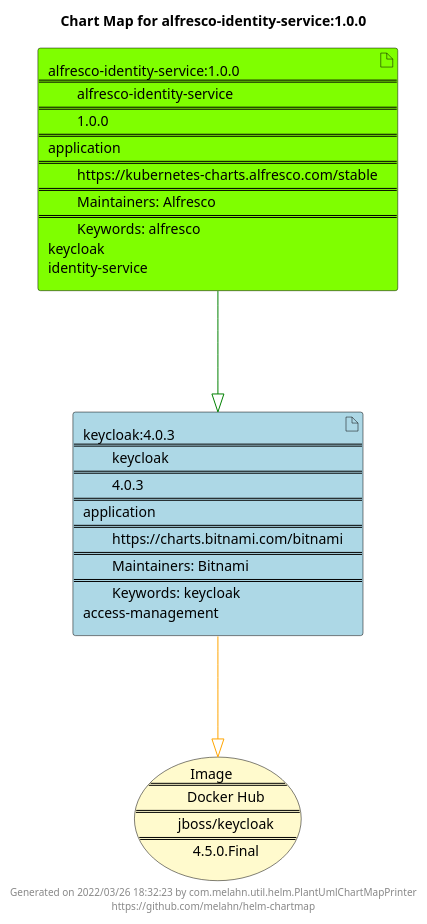
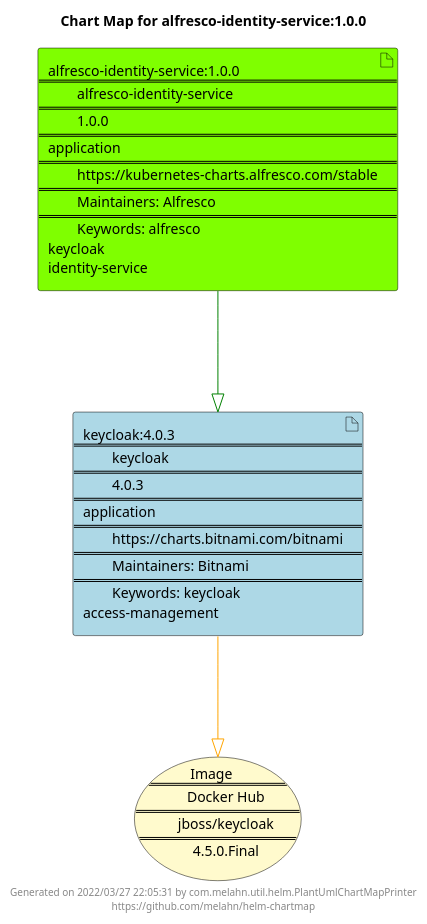
Before and after one commit to melahn/helm-chartmap: the diagram in docs/alfresco-identity-service/alfresco-identity-service-1.0.0.puml, drawn with PlantUML. The commit also changed 55 other files, not shown here.

Commit message:
Update Example Chart Maps as part of GitHub build

```diff
--- a/docs/alfresco-identity-service/alfresco-identity-service-1.0.0.puml
+++ b/docs/alfresco-identity-service/alfresco-identity-service-1.0.0.puml
@@ -1,23 +1,23 @@
 @startuml
 skinparam linetype ortho
 skinparam backgroundColor white
 skinparam usecaseBorderColor black
 skinparam usecaseArrowColor LightSlateGray
 skinparam artifactBorderColor black
 skinparam artifactArrowColor LightSlateGray
 
 title Chart Map for alfresco-identity-service:1.0.0
 
 'There are 2 referenced Helm Charts
 artifact "keycloak:4.0.3\n====\n\tkeycloak\n====\n\t4.0.3\n====\napplication\n====\n\thttps://charts.bitnami.com/bitnami\n====\n\tMaintainers: Bitnami\n====\n\tKeywords: keycloak\naccess-management" as keycloak_4_0_3 #LightBlue
 artifact "alfresco-identity-service:1.0.0\n====\n\talfresco-identity-service\n====\n\t1.0.0\n====\napplication\n====\n\thttps://kubernetes-charts.alfresco.com/stable\n====\n\tMaintainers: Alfresco\n====\n\tKeywords: alfresco\nkeycloak\nidentity-service" as alfresco_identity_service_1_0_0 #Chartreuse
 
 'There is one referenced Docker Image
 usecase "Image\n====\n\tDocker Hub\n====\n\tjboss/keycloak\n====\n\t4.5.0.Final" as jboss_keycloak_4_5_0_Final #LemonChiffon
 
 'Chart Dependencies
 alfresco_identity_service_1_0_0--[#green]-|>keycloak_4_0_3
 keycloak_4_0_3--[#orange]-|>jboss_keycloak_4_5_0_Final
 
-center footer Generated on 2022/03/26 18:32:23 by com.melahn.util.helm.PlantUmlChartMapPrinter\nhttps://github.com/melahn/helm-chartmap
+center footer Generated on 2022/03/27 22:05:31 by com.melahn.util.helm.PlantUmlChartMapPrinter\nhttps://github.com/melahn/helm-chartmap
 @enduml
```
